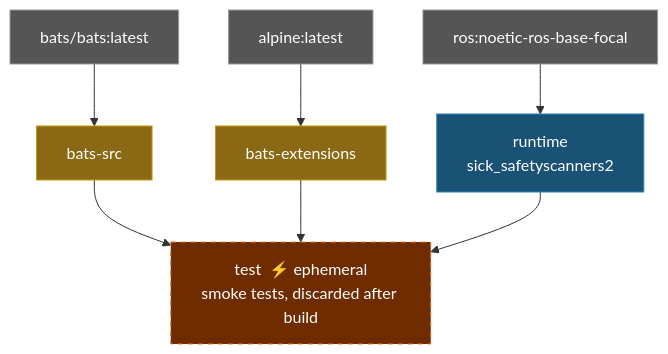
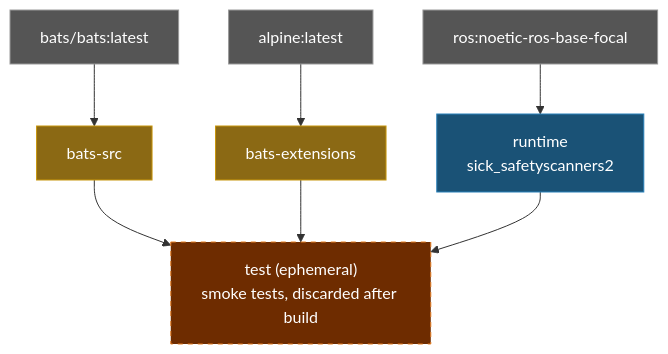
The diagram in README.md (ycpss91255-docker/sick_noetic), drawn with Mermaid before and after one commit. The commit also changed 3 other files, not shown here.

Commit message:
docs: remove ⚡ emoji and translate ephemeral in architecture diagrams

````diff
--- a/README.md
+++ b/README.md
@@ -84,20 +84,20 @@
 ```mermaid
 graph TD
     EXT1["bats/bats:latest"]:::external
     EXT2["alpine:latest"]:::external
     EXT3["ros:noetic-ros-base-focal"]:::external
 
     EXT1 --> bats-src["bats-src"]:::tool
     EXT2 --> bats-ext["bats-extensions"]:::tool
 
     EXT3 --> runtime["runtime\nsick_safetyscanners2"]:::stage
 
-    bats-src --> test["test  ⚡ ephemeral\nsmoke tests, discarded after build"]:::ephemeral
+    bats-src --> test["test (ephemeral)\nsmoke tests, discarded after build"]:::ephemeral
     bats-ext --> test
     runtime --> test
 
     classDef external fill:#555,color:#fff,stroke:#999
     classDef tool fill:#8B6914,color:#fff,stroke:#c8960c
     classDef stage fill:#1a5276,color:#fff,stroke:#2980b9
     classDef ephemeral fill:#6e2c00,color:#fff,stroke:#e67e22,stroke-dasharray:5 5
 ```
````
